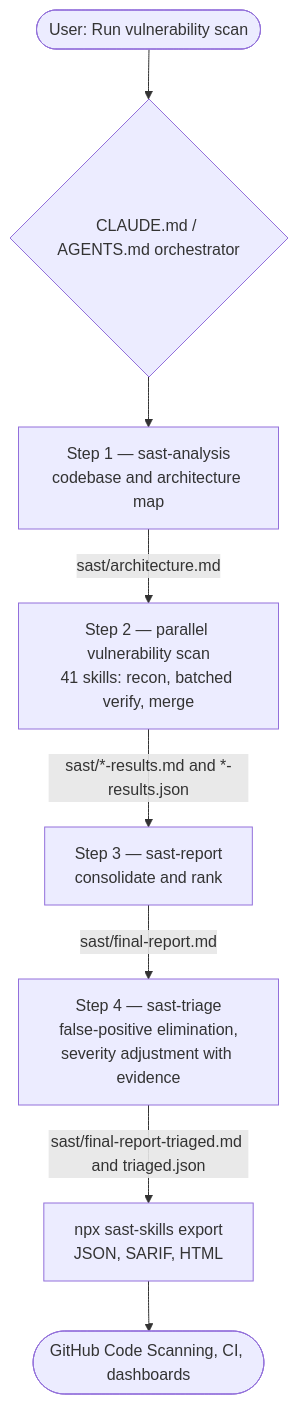
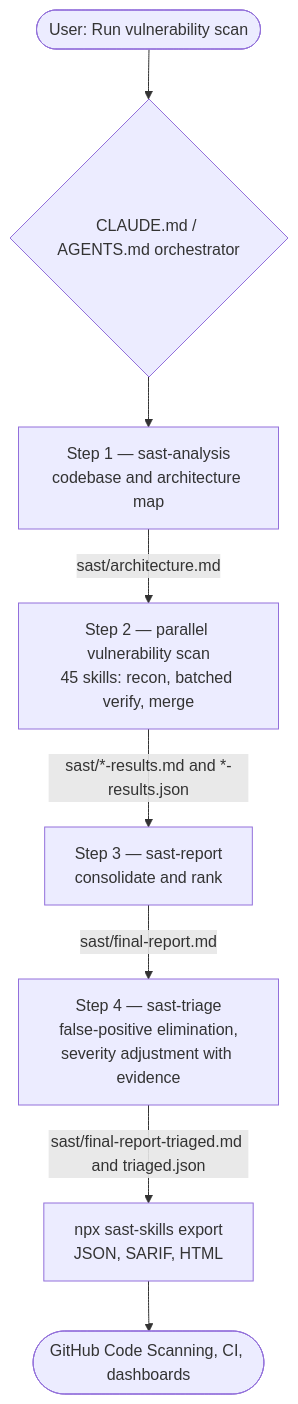
The diagram in README.md (mstfknn/sast-skills), drawn with Mermaid before and after one commit. The commit also changed other lines of this file and 11 other files, not shown here.

````diff
--- a/README.md
+++ b/README.md
@@ -62,10 +62,10 @@
 ```mermaid
 flowchart TD
     U(["User: Run vulnerability scan"]) --> R{"CLAUDE.md / AGENTS.md orchestrator"}
     R --> S1["Step 1 — sast-analysis<br/>codebase and architecture map"]
-    S1 -->|sast/architecture.md| S2["Step 2 — parallel vulnerability scan<br/>41 skills: recon, batched verify, merge"]
+    S1 -->|sast/architecture.md| S2["Step 2 — parallel vulnerability scan<br/>45 skills: recon, batched verify, merge"]
     S2 -->|sast/*-results.md and *-results.json| S3["Step 3 — sast-report<br/>consolidate and rank"]
     S3 -->|sast/final-report.md| S4["Step 4 — sast-triage<br/>false-positive elimination,<br/>severity adjustment with evidence"]
     S4 -->|sast/final-report-triaged.md and triaged.json| EXP["npx sast-skills export<br/>JSON, SARIF, HTML"]
     EXP --> CS(["GitHub Code Scanning, CI, dashboards"])
 ```
````
